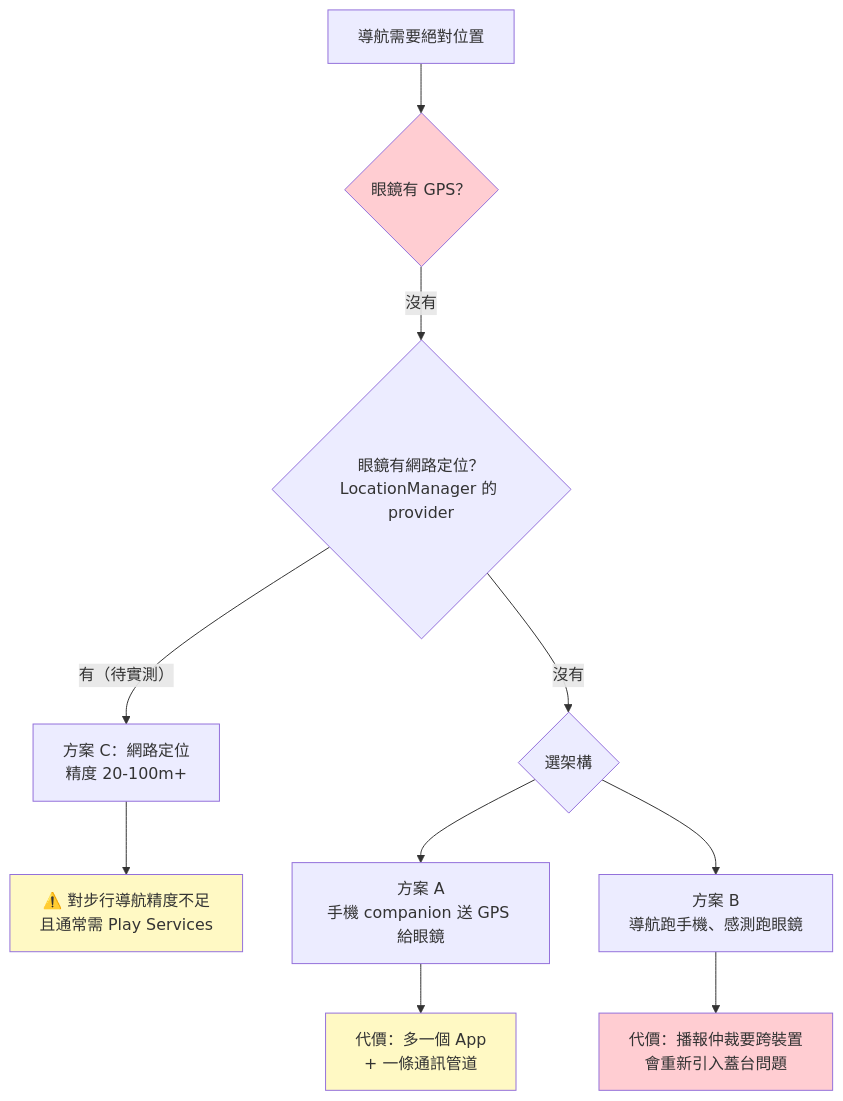
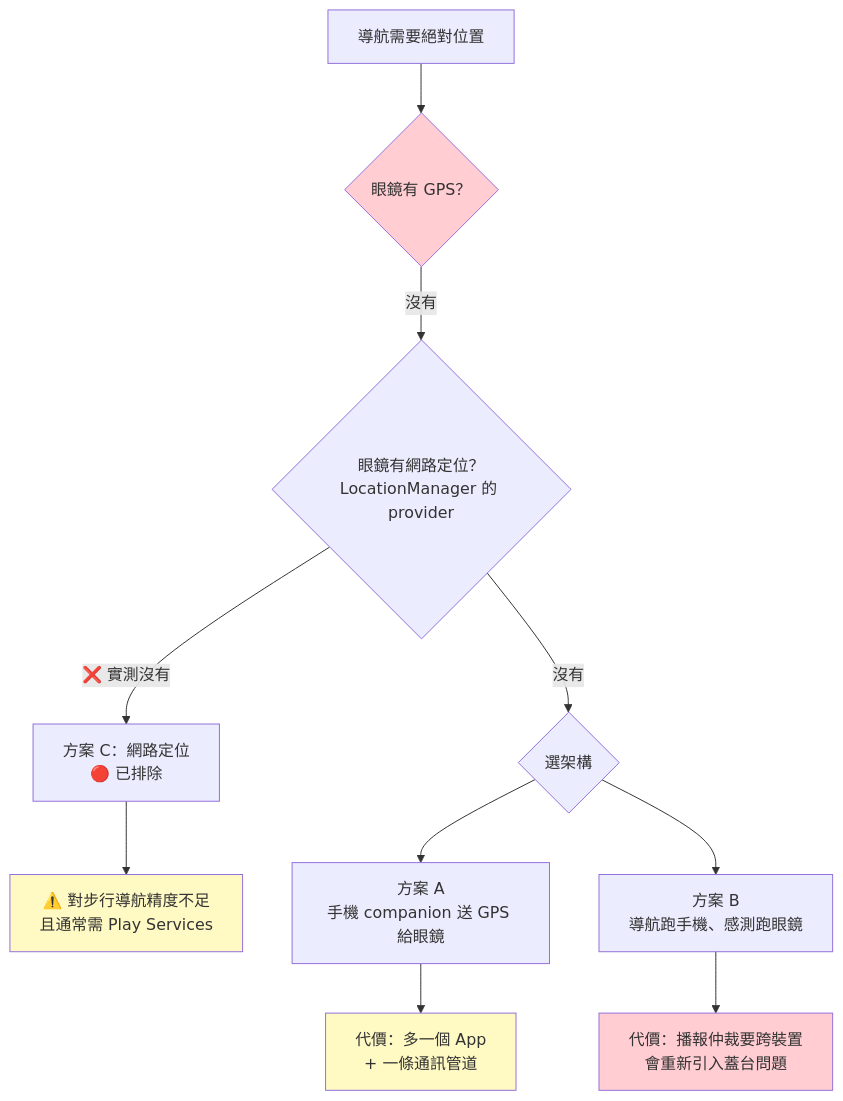
One commit to mato1321/guide_glasses_project_ changed the seventh of 10 diagrams in docs/IMPLEMENTATION_PLAN.md. Above: the diagram before and after it, drawn with Mermaid. The commit also changed other lines of this file and 9 other files, not shown here.

````diff
--- a/docs/IMPLEMENTATION_PLAN.md
+++ b/docs/IMPLEMENTATION_PLAN.md
@@ -456,20 +464,20 @@
 ```mermaid
 flowchart TD
     Q["導航需要絕對位置"] --> A{"眼鏡有 GPS？"}
     A -->|沒有| B{"眼鏡有網路定位？<br/>LocationManager 的 provider"}
-    B -->|"有（待實測）"| C["方案 C：網路定位<br/>精度 20-100m+"]
+    B -->|"❌ 實測沒有"| C["方案 C：網路定位<br/>🔴 已排除"]
     B -->|沒有| D{"選架構"}
 
     C --> C1["⚠️ 對步行導航精度不足<br/>且通常需 Play Services"]
 
     D --> E["方案 A<br/>手機 companion 送 GPS 給眼鏡"]
     D --> F["方案 B<br/>導航跑手機、感測跑眼鏡"]
 
     E --> E1["代價：多一個 App<br/>+ 一條通訊管道"]
     F --> F1["代價：播報仲裁要跨裝置<br/>會重新引入蓋台問題"]
 
     style A fill:#ffcdd2
     style C1 fill:#fff9c4
     style E1 fill:#fff9c4
     style F1 fill:#ffcdd2
 ```
````
